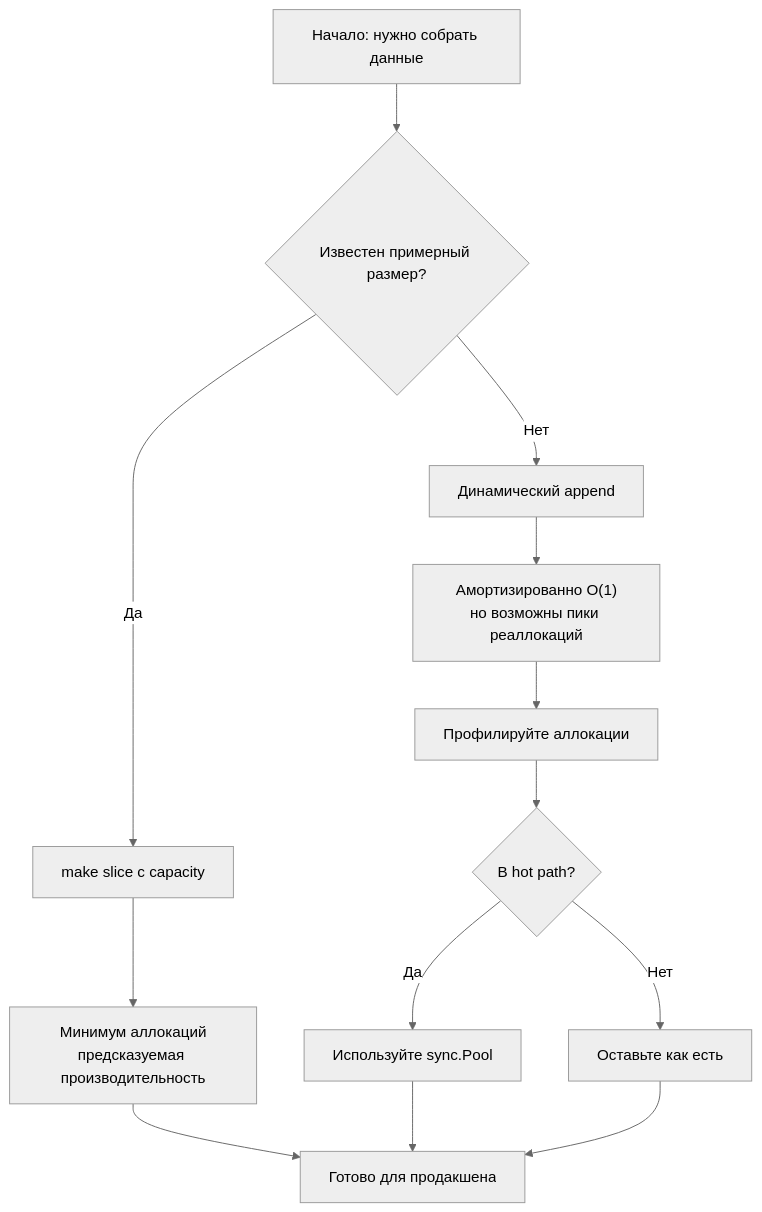
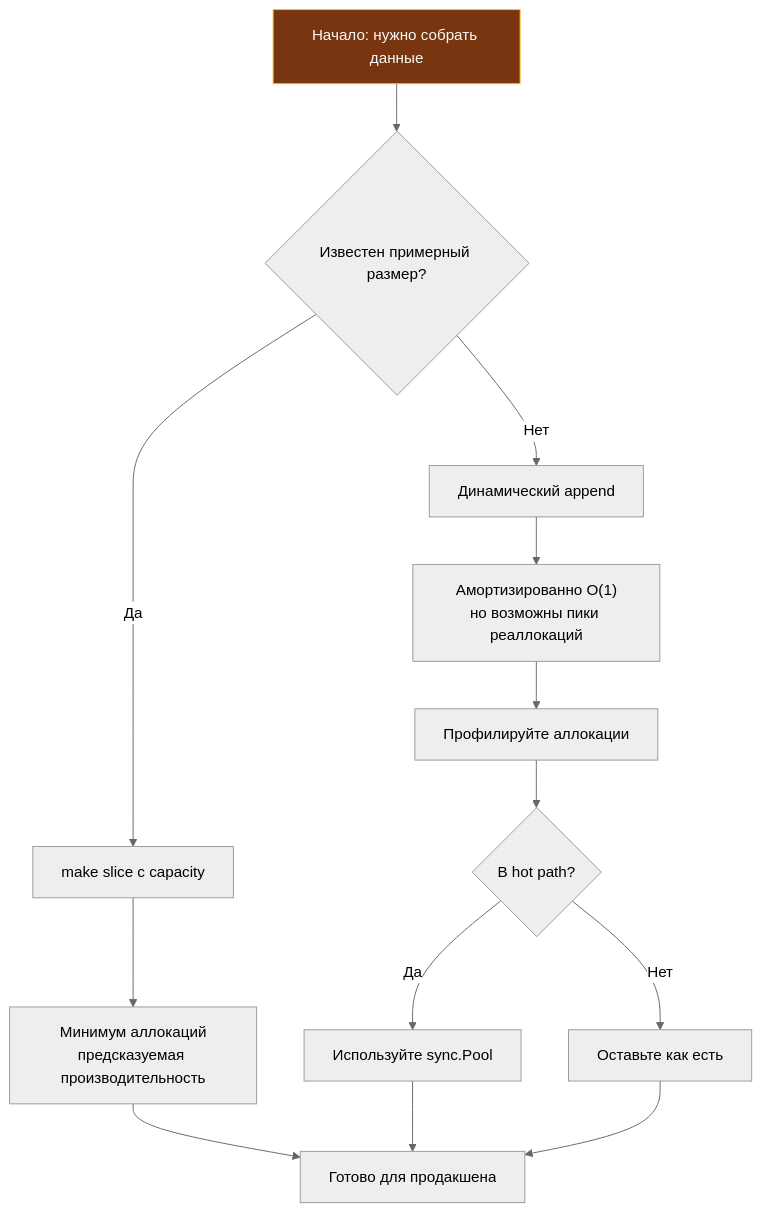
The third of 3 diagrams in sources/20. Алгоритмы и структуры данных (DSA) на Go/01. Введение/3. Амортизированный анализ.md (UnrealTemplier/go-textbook), drawn with Mermaid (neutral theme) before and after one commit. The commit also changed other lines of this file and 1666 other files, not shown here.

First line of the commit message:
feat(mermaid): add semantic color classDef to 1369 colorless flowchart/graph diagrams

````diff
--- a/sources/20. Алгоритмы и структуры данных (DSA) на Go/01. Введение/3. Амортизированный анализ.md
+++ b/sources/20. Алгоритмы и структуры данных (DSA) на Go/01. Введение/3. Амортизированный анализ.md
@@ -399,20 +419,30 @@
 ```mermaid
 flowchart TD
-    Start["Начало: нужно собрать данные"] --> Known{"Известен примерный размер?"}
+    classDef process  fill:#1e293b,stroke:#38bdf8,stroke-width:1px,color:#f8fafc
+    classDef success  fill:#064e3b,stroke:#34d399,stroke-width:1px,color:#f8fafc
+    classDef error    fill:#7f1d1d,stroke:#f87171,stroke-width:1px,color:#f8fafc
+    classDef warning  fill:#78350f,stroke:#fbbf24,stroke-width:1px,color:#f8fafc
+    classDef entry    fill:#1e3a5f,stroke:#38bdf8,stroke-width:2px,color:#f8fafc
+    classDef aux      fill:#334155,stroke:#64748b,stroke-width:1px,color:#f8fafc
+    classDef system   fill:#312e81,stroke:#a78bfa,stroke-width:1px,color:#f8fafc
+    classDef data     fill:#132d29,stroke:#2dd4bf,stroke-width:1px,color:#f8fafc
+    classDef network  fill:#881337,stroke:#fb7185,stroke-width:1px,color:#f8fafc
+    classDef accent   fill:#1e1b4b,stroke:#818cf8,stroke-width:1px,color:#f8fafc
+    Start["Начало: нужно собрать данные"]:::warning --> Known{"Известен примерный размер?"}
     
     Known -->|Да| Prealloc["make slice с capacity"]
     Known -->|Нет| Dynamic["Динамический append"]
     
     Prealloc --> LowAlloc["Минимум аллокаций<br/>предсказуемая производительность"]
     Dynamic --> Amortized["Амортизированно O(1)<br/>но возможны пики реаллокаций"]
     
     LowAlloc --> Prod["Готово для продакшена"]
     Amortized --> Profile["Профилируйте аллокации"]
     
     Profile --> HotPath{"В hot path?"}
     HotPath -->|Да| Pool["Используйте sync.Pool"]
     HotPath -->|Нет| Keep["Оставьте как есть"]
     
     Pool --> Prod
     Keep --> Prod
 ```
````
